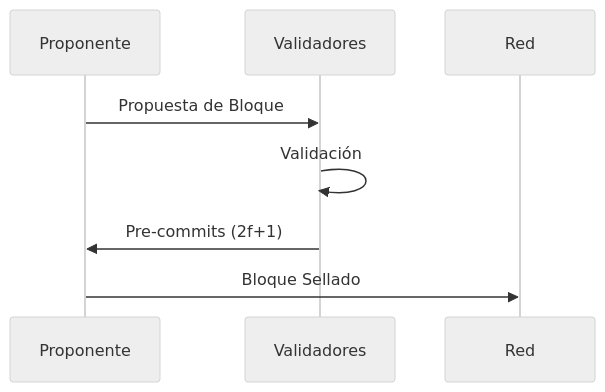
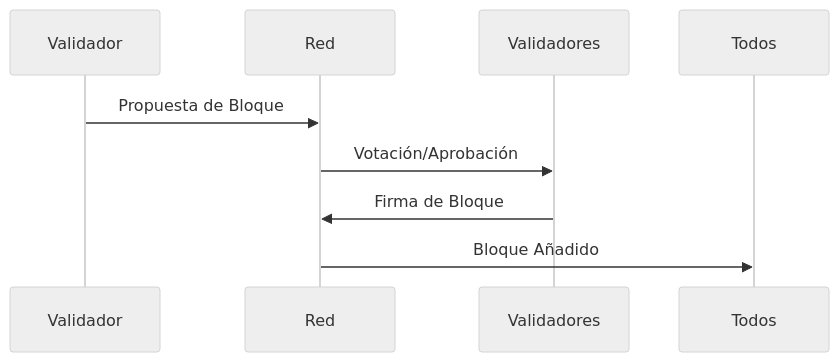
The diagram in Web25-besu-2025/lib-docker/README.md (codecrypto-academy/pfm-web2.5-jun25), drawn with Mermaid (neutral theme) before and after one commit. The commit also changed other lines of this file, not shown here.

````diff
--- a/Web25-besu-2025/lib-docker/README.md
+++ b/Web25-besu-2025/lib-docker/README.md
@@ -21,7 +21,7 @@
    ```mermaid
    sequenceDiagram
-       Proponente->>Validadores: Propuesta de Bloque
-       Validadores->>Validadores: Validación
-       Validadores->>Proponente: Pre-commits (2f+1)
-       Proponente->>Red: Bloque Sellado
+       Validador->>Red: Propuesta de Bloque
+       Red->>Validadores: Votación/Aprobación
+       Validadores->>Red: Firma de Bloque
+       Red->>Todos: Bloque Añadido
    ```
````
